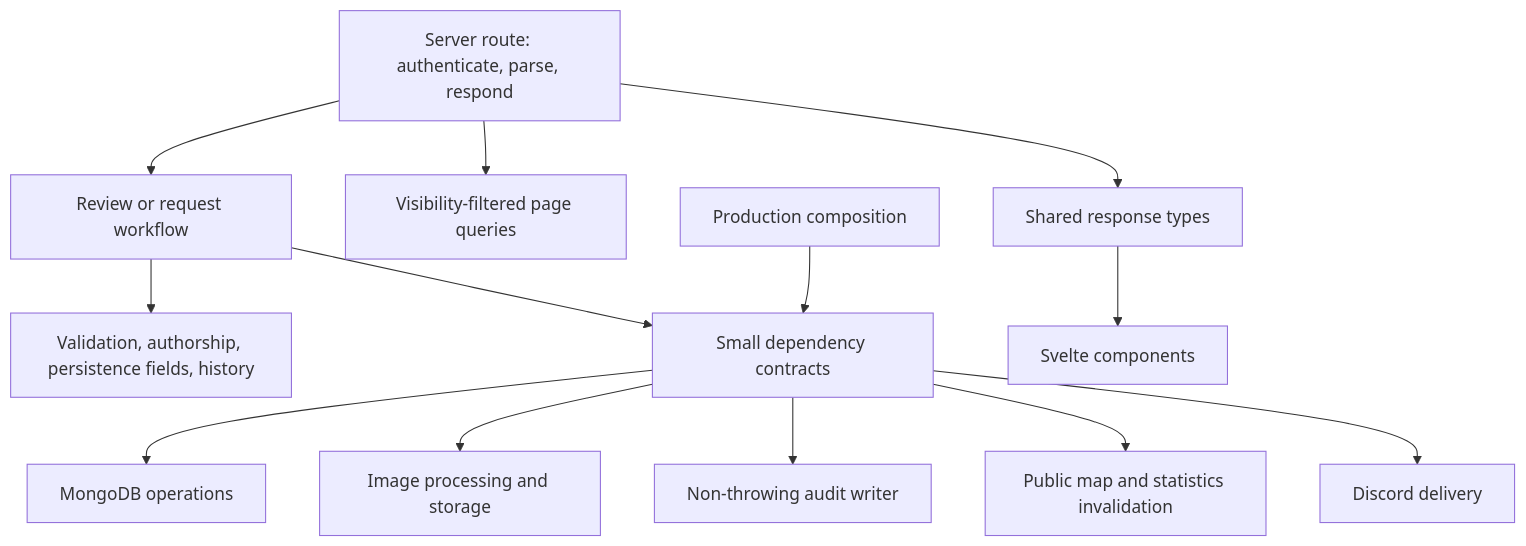
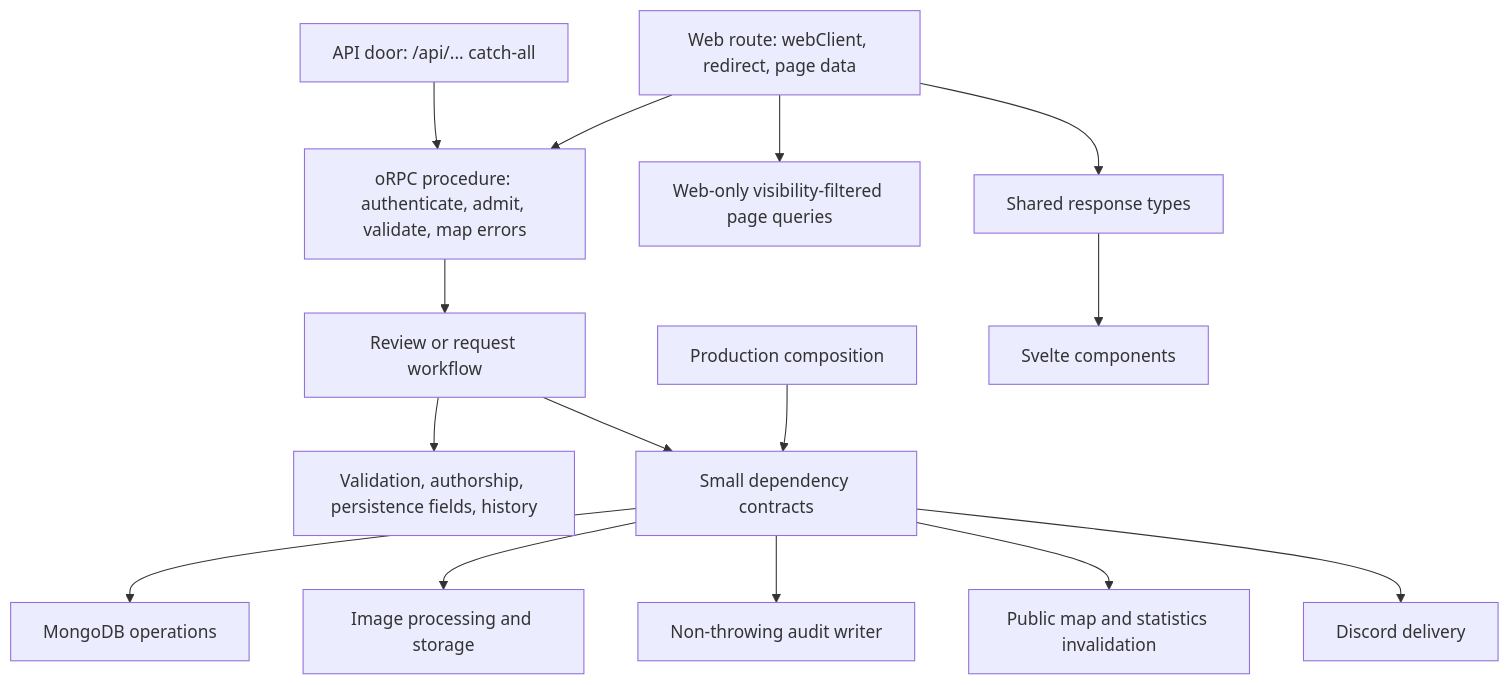
The diagram in docs/architecture.md (jonathan-lindqvist/enstorstarkreview), drawn with Mermaid before and after one commit. The commit also changed other lines of this file and 17 other files, not shown here.

````diff
--- a/docs/architecture.md
+++ b/docs/architecture.md
@@ -28,15 +30,17 @@
 ```mermaid
 flowchart TD
-    Route[Server route: authenticate, parse, respond] --> Workflow[Review or request workflow]
-    Route --> Load[Visibility-filtered page queries]
+    Api[API door: /api/... catch-all] --> Procedure[oRPC procedure: authenticate, admit, validate, map errors]
+    Route[Web route: webClient, redirect, page data] --> Procedure
+    Procedure --> Workflow[Review or request workflow]
+    Route --> Load[Web-only visibility-filtered page queries]
     Workflow --> Rules[Validation, authorship, persistence fields, history]
     Workflow --> Dependencies[Small dependency contracts]
     Wiring[Production composition] --> Dependencies
     Dependencies --> Mongo[MongoDB operations]
     Dependencies --> Images[Image processing and storage]
     Dependencies --> Audit[Non-throwing audit writer]
     Dependencies --> Cache[Public map and statistics invalidation]
     Dependencies --> Delivery[Discord delivery]
     Route --> Types[Shared response types]
     Types --> UI[Svelte components]
 ```
````
